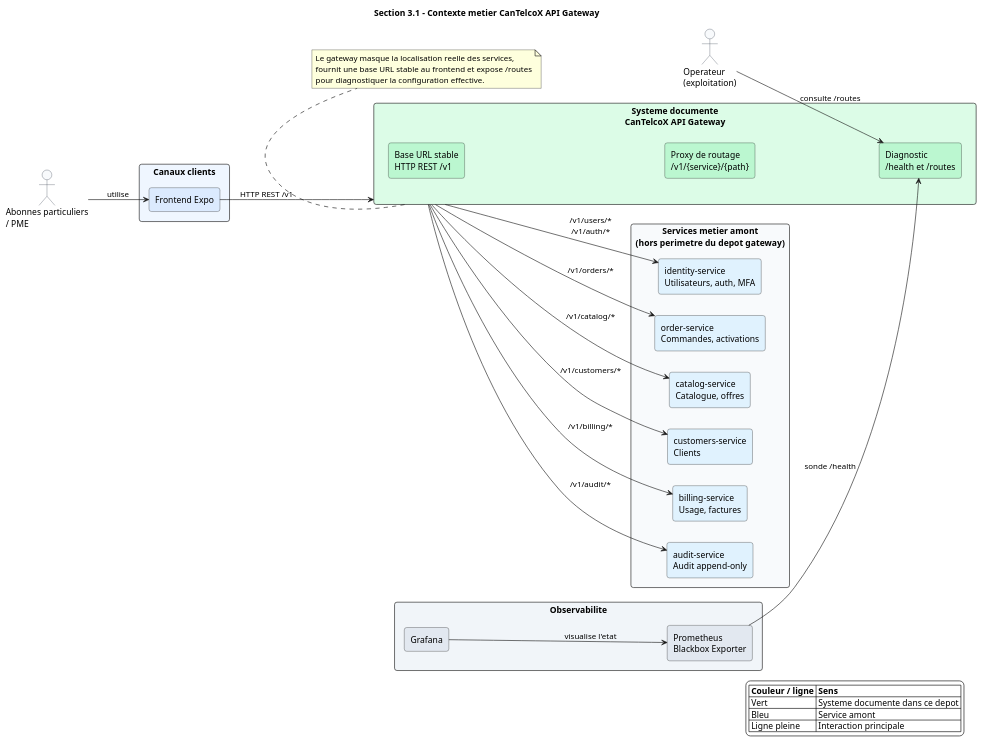
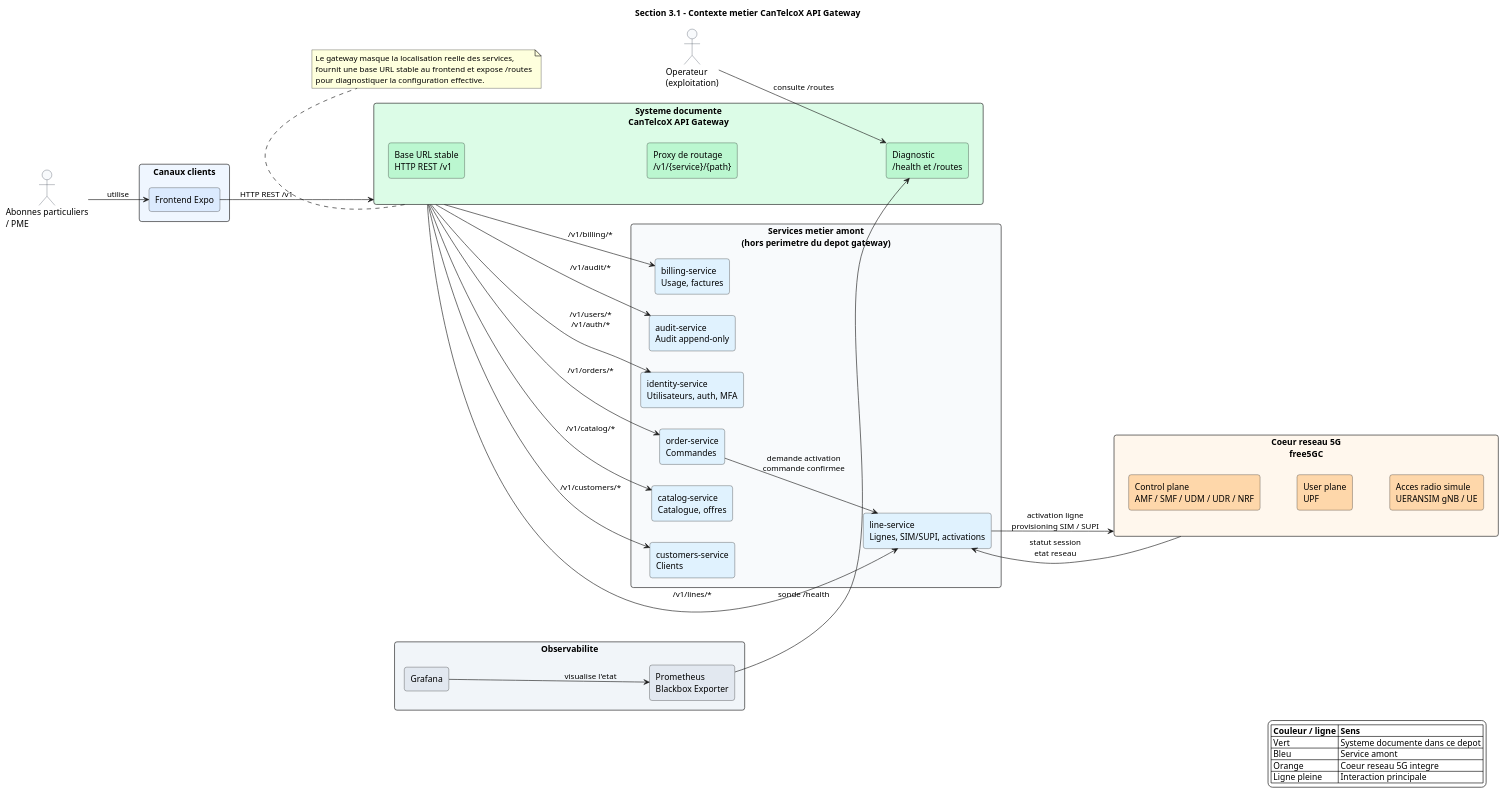
Before and after one commit to Amjad-Lekhdar/LOG430-cantelcox-api-gateway: the diagram in docs/diagrams/plantuml/contexte-metier-3-1.puml, drawn with PlantUML. The commit also changed 67 other files, not shown here.

First line of the commit message:
Add PlantUML diagram for line-service hexagonal architecture and corresponding SVG

```diff
--- a/docs/diagrams/plantuml/contexte-metier-3-1.puml
+++ b/docs/diagrams/plantuml/contexte-metier-3-1.puml
@@ -1,78 +1,93 @@
 @startuml contexte-metier-3-1
 title Section 3.1 - Contexte metier CanTelcoX API Gateway
 
 left to right direction
 skinparam shadowing false
 skinparam backgroundColor #FFFFFF
 skinparam defaultFontName Arial
 skinparam packageStyle rectangle
 skinparam rectangle {
   RoundCorner 8
 }
 skinparam actor {
   BorderColor #2F3A4A
   BackgroundColor #F8FAFC
 }
 skinparam database {
   BorderColor #475569
   BackgroundColor #F8FAFC
 }
 
 actor "Abonnes particuliers\n/ PME" as Subscribers
 actor "Operateur\n(exploitation)" as Operator
 
 rectangle "Canaux clients" as ClientChannels #EFF6FF {
   rectangle "Frontend Expo" as Frontend #DBEAFE
 }
 
 rectangle "Systeme documente\nCanTelcoX API Gateway" as Gateway #DCFCE7 {
   rectangle "Base URL stable\nHTTP REST /v1" as StableUrl #BBF7D0
   rectangle "Proxy de routage\n/v1/{service}/{path}" as Router #BBF7D0
   rectangle "Diagnostic\n/health et /routes" as Diagnostics #BBF7D0
 }
 
 rectangle "Services metier amont\n(hors perimetre du depot gateway)" as Upstream #F8FAFC {
   rectangle "identity-service\nUtilisateurs, auth, MFA" as Identity #E0F2FE
-  rectangle "order-service\nCommandes, activations" as Orders #E0F2FE
+  rectangle "order-service\nCommandes" as Orders #E0F2FE
+  rectangle "line-service\nLignes, SIM/SUPI, activations" as Lines #E0F2FE
   rectangle "catalog-service\nCatalogue, offres" as Catalog #E0F2FE
   rectangle "customers-service\nClients" as Customers #E0F2FE
   rectangle "billing-service\nUsage, factures" as Billing #E0F2FE
   rectangle "audit-service\nAudit append-only" as Audit #E0F2FE
+}
+
+rectangle "Coeur reseau 5G\nfree5GC" as Free5GC #FFF7ED {
+  rectangle "Control plane\nAMF / SMF / UDM / UDR / NRF" as ControlPlane #FED7AA
+  rectangle "User plane\nUPF" as UserPlane #FED7AA
+  rectangle "Acces radio simule\nUERANSIM gNB / UE" as Ueransim #FED7AA
 }
 
 rectangle "Observabilite" as Observability #F1F5F9 {
   rectangle "Prometheus\nBlackbox Exporter" as Blackbox #E2E8F0
   rectangle "Grafana" as Grafana #E2E8F0
 }
 
 Subscribers --> Frontend : utilise
 Frontend --> Gateway : HTTP REST /v1
 
 Gateway --> Identity : /v1/users/*\n/v1/auth/*
 Gateway --> Orders : /v1/orders/*
+Gateway --> Lines : /v1/lines/*
 Gateway --> Catalog : /v1/catalog/*
 Gateway --> Customers : /v1/customers/*
 Gateway --> Billing : /v1/billing/*
 Gateway --> Audit : /v1/audit/*
+
+Orders --> Lines : demande activation\ncommande confirmee
+Lines --> Free5GC : activation ligne\nprovisioning SIM / SUPI
+Free5GC --> Lines : statut session\netat reseau
+ControlPlane -[hidden]- UserPlane
+UserPlane -[hidden]- Ueransim
 
 Operator --> Diagnostics : consulte /routes
 Blackbox --> Diagnostics : sonde /health
 Grafana --> Blackbox : visualise l'etat
 
 StableUrl -[hidden]- Router
 Router -[hidden]- Diagnostics
 
 legend right
   |= Couleur / ligne |= Sens |
   | Vert | Systeme documente dans ce depot |
   | Bleu | Service amont |
+  | Orange | Coeur reseau 5G integre |
   | Ligne pleine | Interaction principale |
 endlegend
 
 note bottom of Gateway
 Le gateway masque la localisation reelle des services,
 fournit une base URL stable au frontend et expose /routes
 pour diagnostiquer la configuration effective.
 end note
 
 @enduml
```
